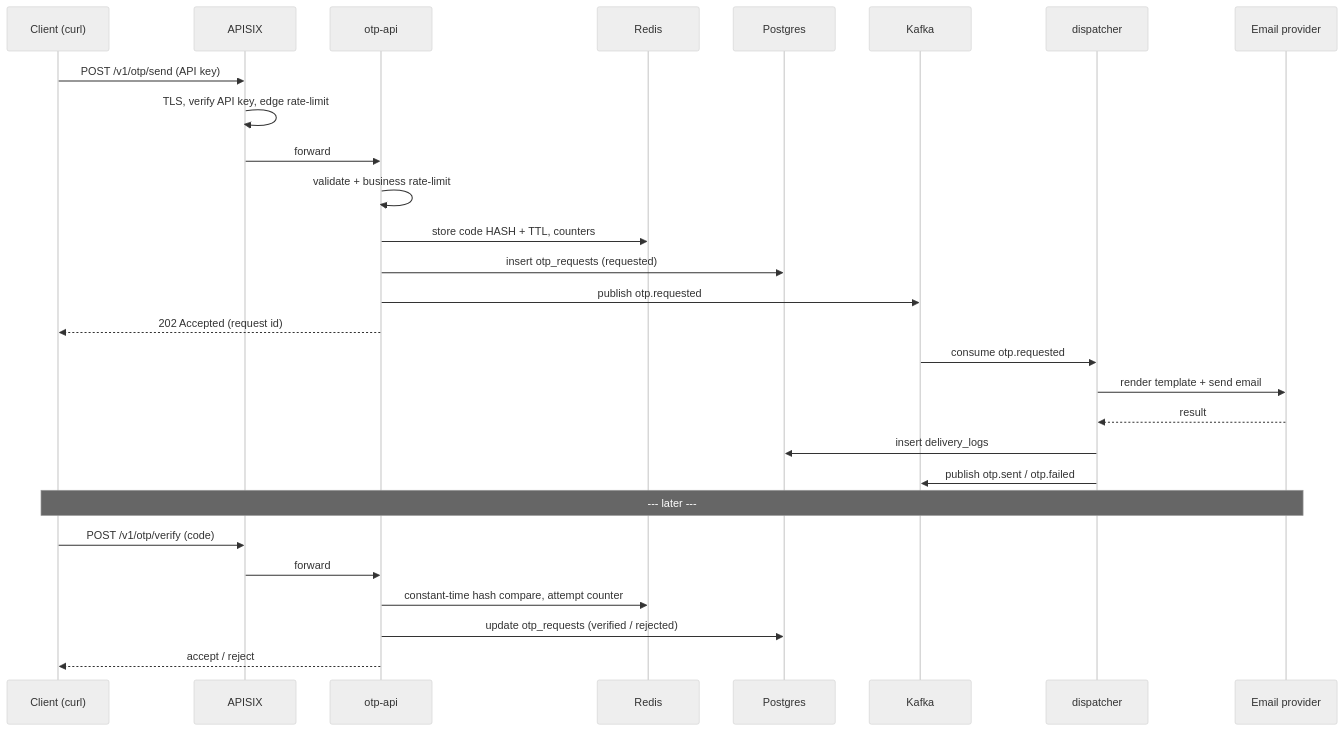
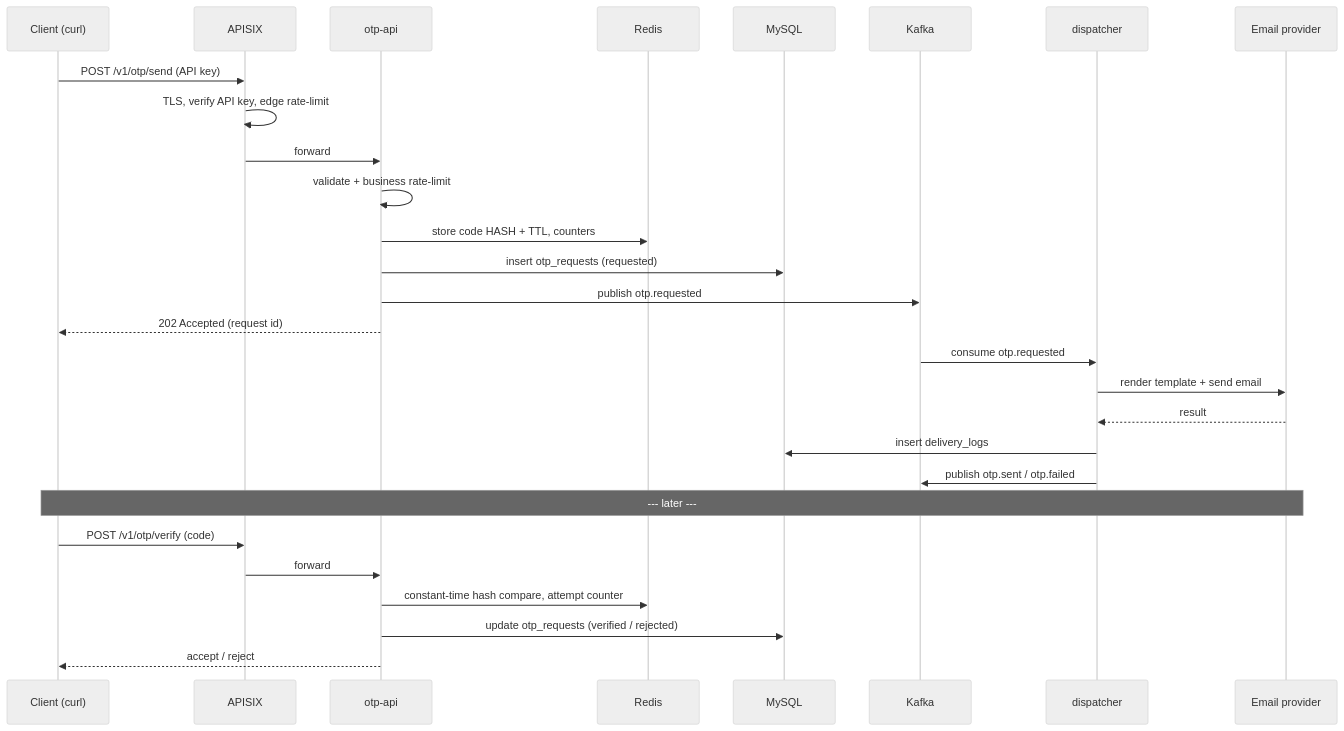
The diagram in docs/superpowers/specs/2026-08-07-otp-mvp-scope.md (DiiKhanh/worklane), drawn with Mermaid (neutral theme) before and after one commit. The commit also changed other lines of this file and 4 other files, not shown here.

````diff
--- a/docs/superpowers/specs/2026-08-07-otp-mvp-scope.md
+++ b/docs/superpowers/specs/2026-08-07-otp-mvp-scope.md
@@ -27,32 +31,32 @@
 ```mermaid
 sequenceDiagram
     participant C as Client (curl)
     participant GW as APISIX
     participant API as otp-api
     participant R as Redis
-    participant PG as Postgres
+    participant PG as MySQL
     participant K as Kafka
     participant D as dispatcher
     participant E as Email provider
 
     C->>GW: POST /v1/otp/send (API key)
     GW->>GW: TLS, verify API key, edge rate-limit
     GW->>API: forward
     API->>API: validate + business rate-limit
     API->>R: store code HASH + TTL, counters
     API->>PG: insert otp_requests (requested)
     API->>K: publish otp.requested
     API-->>C: 202 Accepted (request id)
     K->>D: consume otp.requested
     D->>E: render template + send email
     E-->>D: result
     D->>PG: insert delivery_logs
     D->>K: publish otp.sent / otp.failed
 
     Note over C,E: --- later ---
     C->>GW: POST /v1/otp/verify (code)
     GW->>API: forward
     API->>R: constant-time hash compare, attempt counter
     API->>PG: update otp_requests (verified / rejected)
     API-->>C: accept / reject
 ```
````
